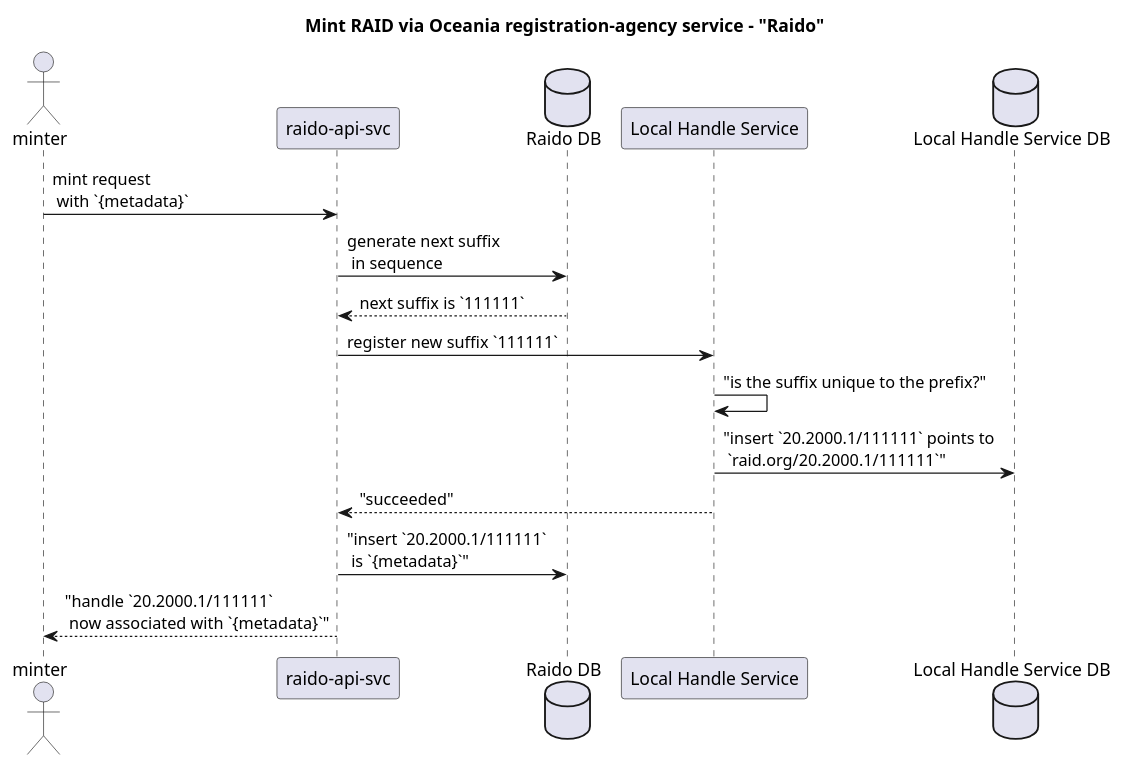
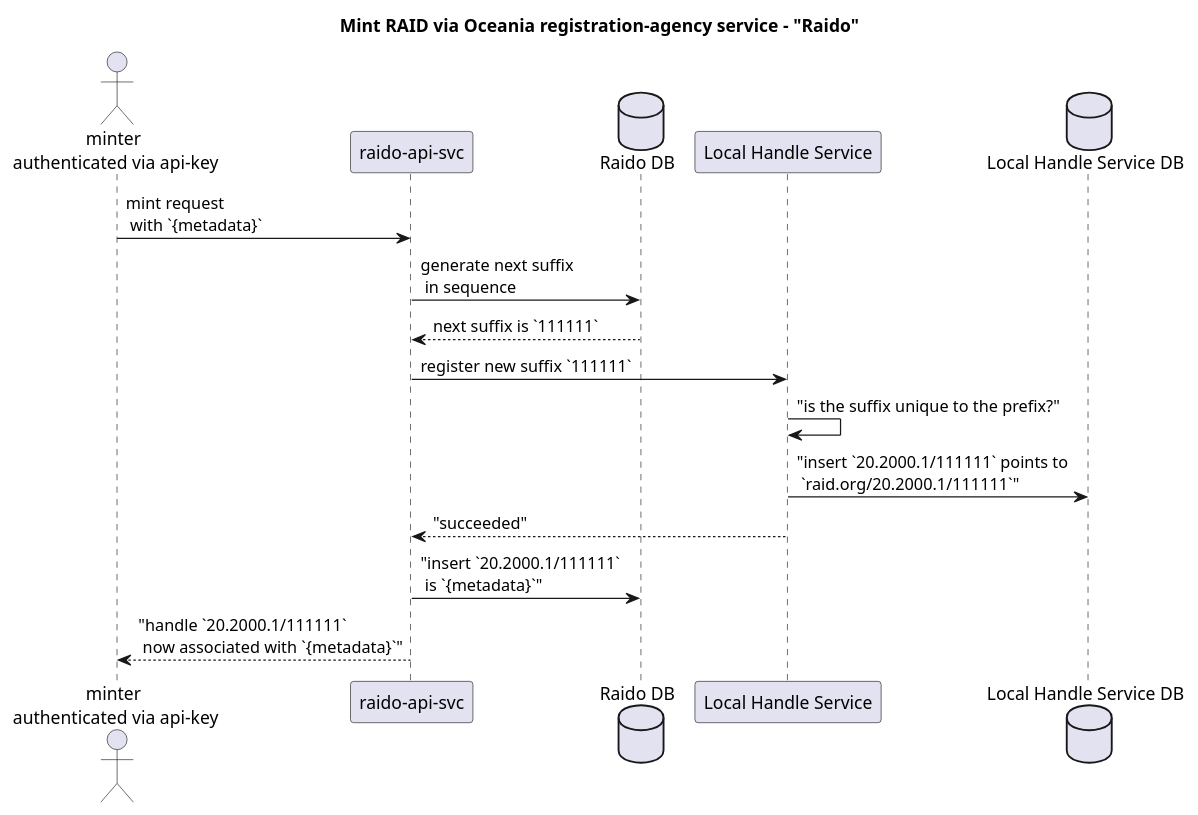
The diagram in doc/architecture/cnri-handle/mint-via-raido.plantuml (au-research/raido), drawn with PlantUML before and after one commit.

Commit message:
specify authentication

```diff
--- a/doc/architecture/cnri-handle/mint-via-raido.plantuml
+++ b/doc/architecture/cnri-handle/mint-via-raido.plantuml
@@ -1,21 +1,21 @@
 @startuml
 title Mint RAID via Oceania registration-agency service - "Raido"
 
-actor "minter" as minter
+actor "minter\n authenticated via api-key" as minter
 
 participant "raido-api-svc" as raidoApi
 database "Raido DB" as raidoDb
 
 participant "Local Handle Service" as lhs
 database "Local Handle Service DB" as lhsDb
 
 minter -> raidoApi: mint request\n with `{metadata}` 
 raidoApi -> raidoDb: generate next suffix\n in sequence 
 raidoDb --> raidoApi: next suffix is `111111`
 raidoApi -> lhs: register new suffix `111111` 
 lhs -> lhs: "is the suffix unique to the prefix?"
 lhs -> lhsDb: "insert `20.2000.1/111111` points to\n `raid.org/20.2000.1/111111`"
 lhs --> raidoApi: "succeeded"
 raidoApi -> raidoDb: "insert `20.2000.1/111111`\n is `{metadata}`"
 raidoApi --> minter: "handle `20.2000.1/111111`\n now associated with `{metadata}`"
 @enduml
```
